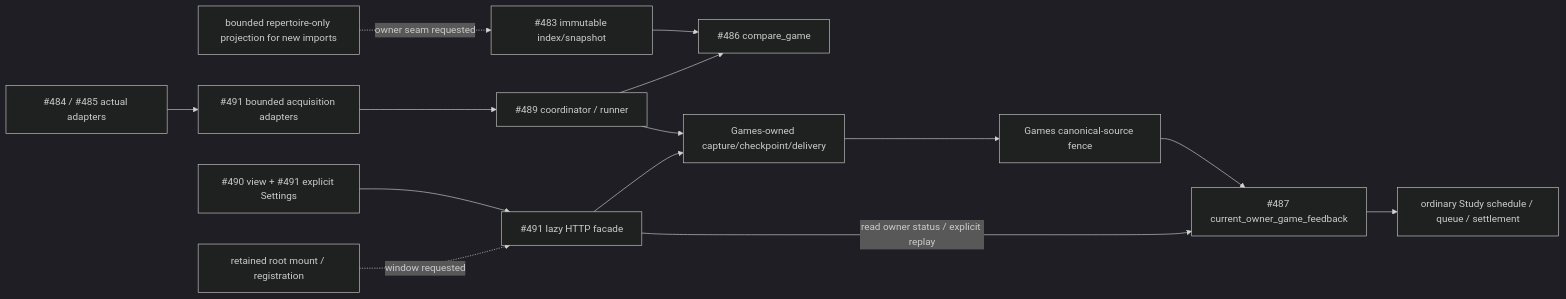
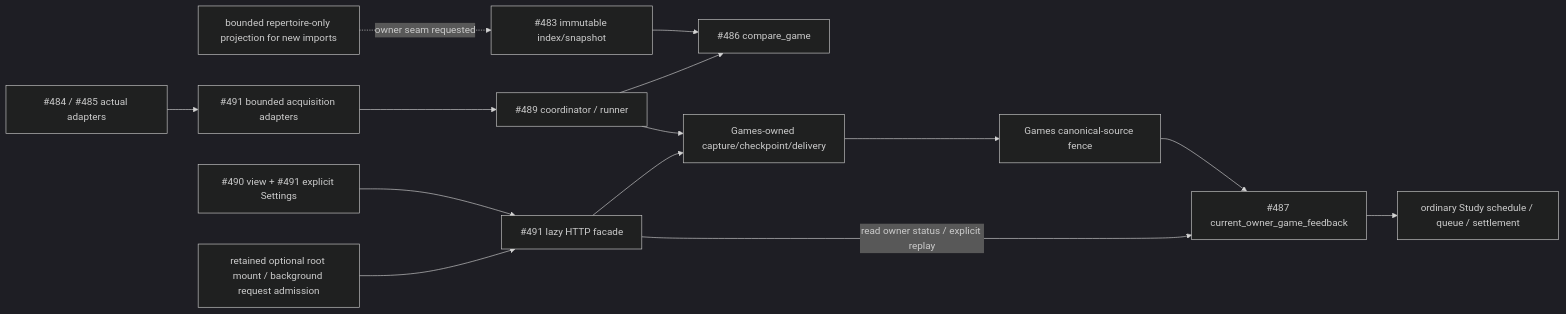
One commit to aaweaver-actuary/tempo changed the diagram in docs/product-v02/game-sync/README.md. Above: the diagram before and after it, drawn with Mermaid (dark theme). The commit also changed other lines of this file and 9 other files, not shown here.

Commit message:
feat(games): mount optional Game Review without starting workers

````diff
--- a/docs/product-v02/game-sync/README.md
+++ b/docs/product-v02/game-sync/README.md
@@ -82,16 +82,16 @@
 ```mermaid
 flowchart LR
   Providers["#484 / #485 actual adapters"] --> Bridge["#491 bounded acquisition adapters"]
   Bridge --> Workflow["#489 coordinator / runner"]
   Snapshot["#483 immutable index/snapshot"] --> Compare["#486 compare_game"]
   Workflow --> Compare
   Workflow --> Games["Games-owned capture/checkpoint/delivery"]
   Games --> Fence["Games canonical-source fence"]
   Fence --> Receiver["#487 current_owner_game_feedback"]
   Receiver --> Study["ordinary Study schedule / queue / settlement"]
   UI["#490 view + #491 explicit Settings"] --> HTTP["#491 lazy HTTP facade"]
   HTTP --> Games
   HTTP -->|"read owner status / explicit replay"| Receiver
-  Root["retained root mount / registration"] -. "window requested" .-> HTTP
+  Root["retained optional root mount / background request admission"] --> HTTP
   Generic["bounded repertoire-only projection for new imports"] -. "owner seam requested" .-> Snapshot
 ```
````
